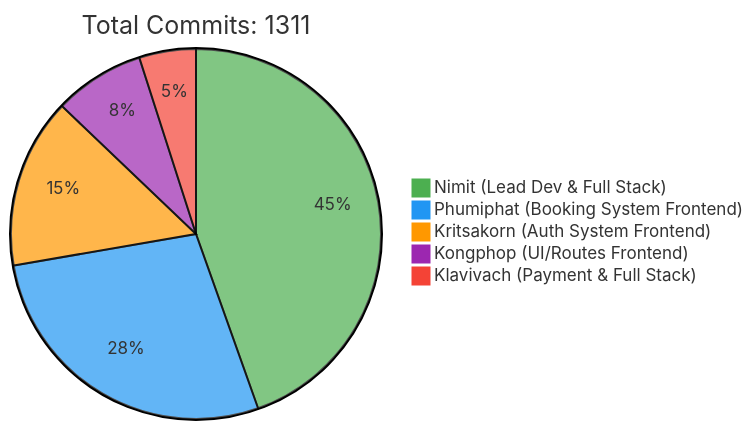
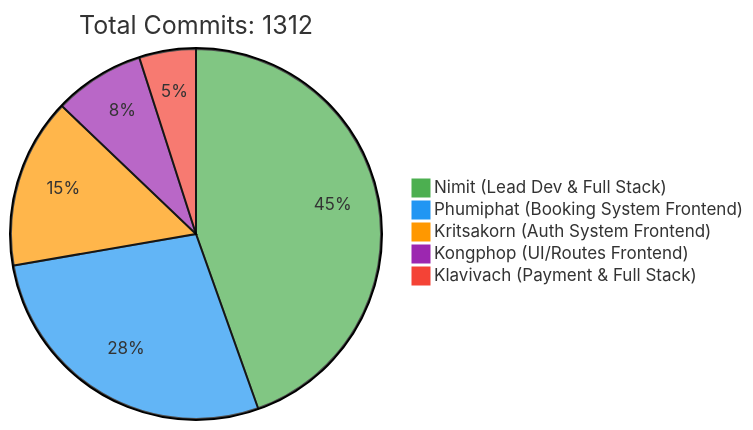
One commit to 6531503042/Sport-Complex changed the first of 2 diagrams in README.md. Above: the diagram before and after it, drawn with Mermaid. The commit also changed other lines of this file, not shown here.

Commit message:
docs: Update contributor statistics [skip ci]

````diff
--- a/README.md
+++ b/README.md
@@ -257,10 +257,10 @@
 ```mermaid
 %%{init: {'theme': 'base', 'themeVariables': { 'pie1': '#4CAF50', 'pie2': '#2196F3', 'pie3': '#FF9800', 'pie4': '#9C27B0', 'pie5': '#F44336'}}}%%
 pie
-    title Total Commits: 1311
+    title Total Commits: 1312
     "Nimit (Lead Dev & Full Stack)" : 450
     "Phumiphat (Booking System Frontend)" : 280
     "Kritsakorn (Auth System Frontend)" : 150
     "Kongphop (UI/Routes Frontend)" : 80
     "Klavivach (Payment & Full Stack)" : 50
 ```
````
